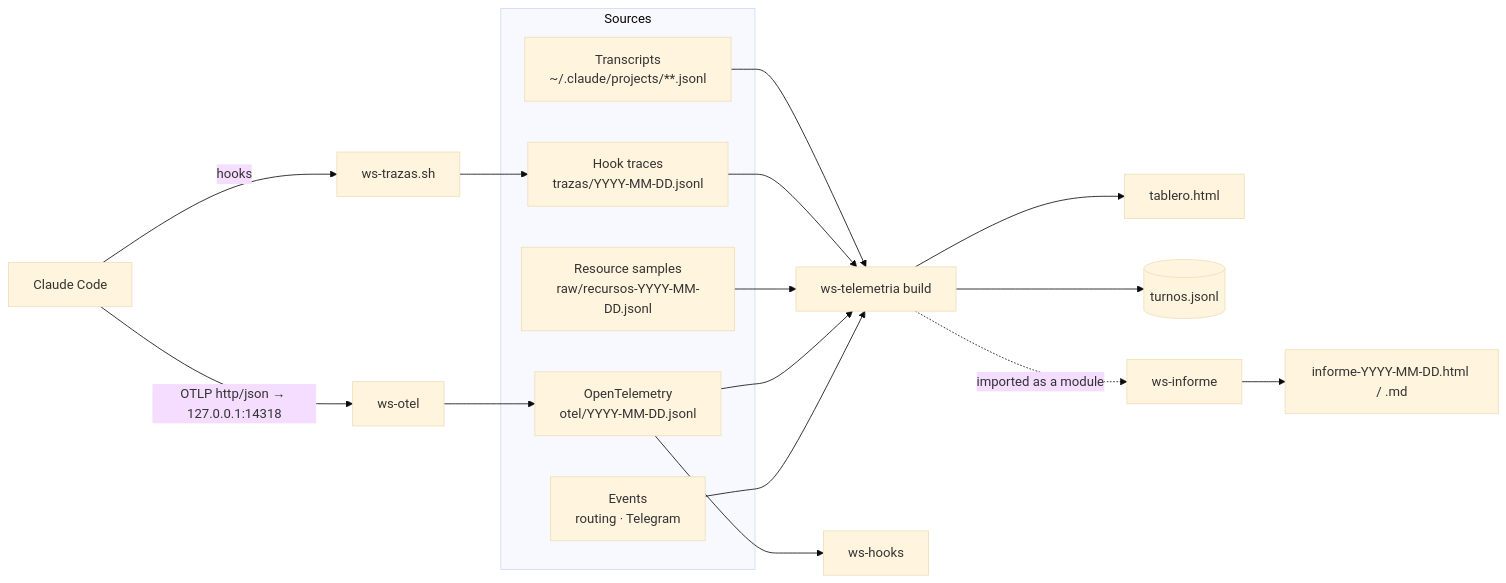
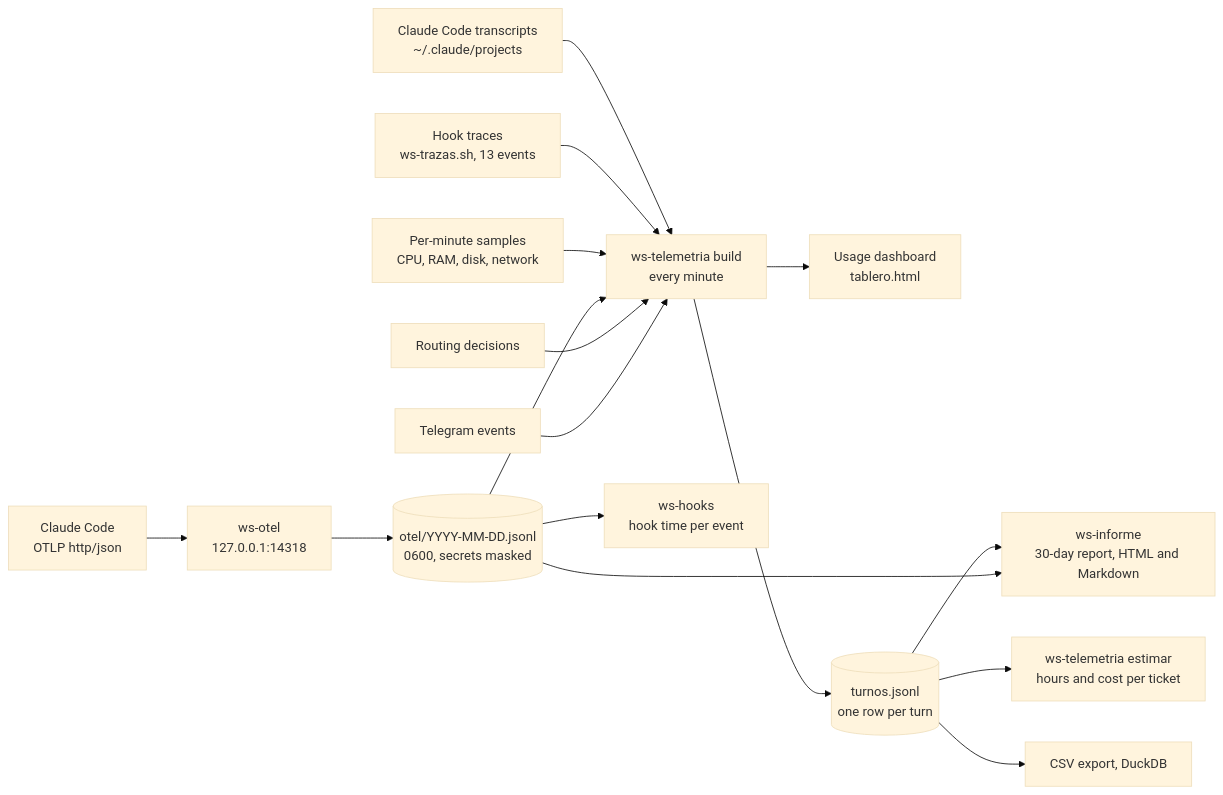
Before and after one commit to andreshma/claude-workstation: the sixth of 8 diagrams in docs/architecture.md, drawn with Mermaid (base theme). The commit also changed other lines of this file and 23 other files, not shown here.

````diff
--- a/docs/architecture.md
+++ b/docs/architecture.md
@@ -276,18 +437,18 @@
 ```mermaid
 flowchart LR
-  subgraph sources[Sources]
-    tx["Transcripts<br/>~/.claude/projects/**.jsonl"]
-    tz[Hook traces<br/>trazas/YYYY-MM-DD.jsonl]
-    rs[Resource samples<br/>raw/recursos-YYYY-MM-DD.jsonl]
-    ot[OpenTelemetry<br/>otel/YYYY-MM-DD.jsonl]
-    ev[Events<br/>routing · Telegram]
-  end
-  cc[Claude Code] -- "OTLP http/json → 127.0.0.1:14318" --> col[ws-otel] --> ot
-  cc -- hooks --> tzs[ws-trazas.sh] --> tz
-  tx & tz & rs & ot & ev --> wst[ws-telemetria build]
-  wst --> html[tablero.html]
-  wst --> turnos[(turnos.jsonl)]
-  wst -. imported as a module .-> inf[ws-informe]
-  inf --> rep[informe-YYYY-MM-DD.html / .md]
-  ot --> wh[ws-hooks]
+  tx["Claude Code transcripts<br/>~/.claude/projects"] --> build["ws-telemetria build<br/>every minute"]
+  tr["Hook traces<br/>ws-trazas.sh, 13 events"] --> build
+  res["Per-minute samples<br/>CPU, RAM, disk, network"] --> build
+  cc["Claude Code<br/>OTLP http/json"] --> otel["ws-otel<br/>127.0.0.1:14318"]
+  otel --> ofiles[("otel/YYYY-MM-DD.jsonl<br/>0600, secrets masked")]
+  ofiles --> build
+  rt["Routing decisions"] --> build
+  tg["Telegram events"] --> build
+  build --> dash["Usage dashboard<br/>tablero.html"]
+  build --> turns[("turnos.jsonl<br/>one row per turn")]
+  turns --> report["ws-informe<br/>30-day report, HTML and Markdown"]
+  ofiles --> report
+  ofiles --> hk["ws-hooks<br/>hook time per event"]
+  turns --> est["ws-telemetria estimar<br/>hours and cost per ticket"]
+  turns --> csv["CSV export, DuckDB"]
 ```
````
